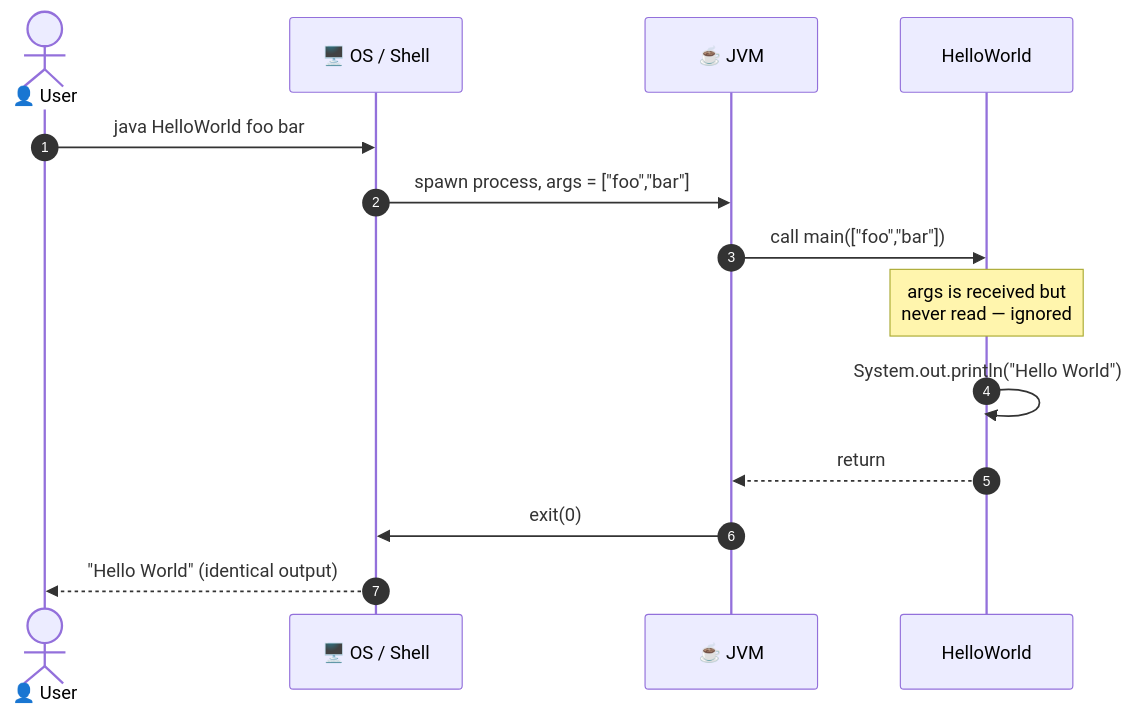
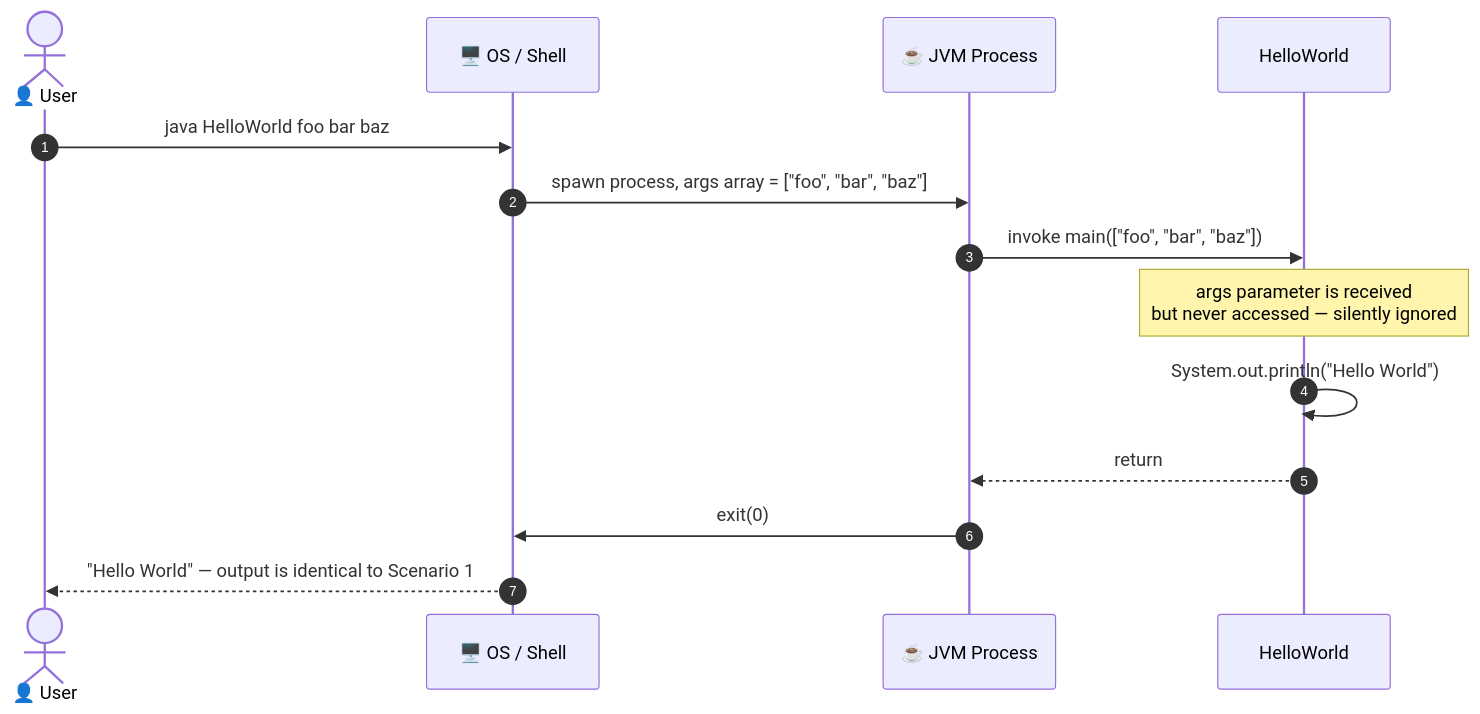
One commit to ktruchcz/copilot-test-ktruchcz changed the tenth of 20 diagrams in arc42-documentation.md. Above: the diagram before and after it, drawn with Mermaid. The commit also changed other lines of this file, not shown here.

First line of the commit message:
Update arc42-documentation.md to v1.1.0 with enhanced content and new diagrams

````diff
--- a/arc42-documentation.md
+++ b/arc42-documentation.md
@@ -305,17 +425,17 @@
 ```mermaid
 sequenceDiagram
     autonumber
     actor User as 👤 User
     participant OS as 🖥️ OS / Shell
-    participant JVM as ☕ JVM
+    participant JVM as ☕ JVM Process
     participant HW as HelloWorld
 
-    User->>OS: java HelloWorld foo bar
-    OS->>JVM: spawn process, args = ["foo","bar"]
-    JVM->>HW: call main(["foo","bar"])
-    Note over HW: args is received but<br/>never read — ignored
+    User->>OS: java HelloWorld foo bar baz
+    OS->>JVM: spawn process, args array = ["foo", "bar", "baz"]
+    JVM->>HW: invoke main(["foo", "bar", "baz"])
+    Note over HW: args parameter is received<br/>but never accessed — silently ignored
     HW->>HW: System.out.println("Hello World")
     HW-->>JVM: return
     JVM->>OS: exit(0)
-    OS-->>User: "Hello World" (identical output)
+    OS-->>User: "Hello World" — output is identical to Scenario 1
 ```
````
